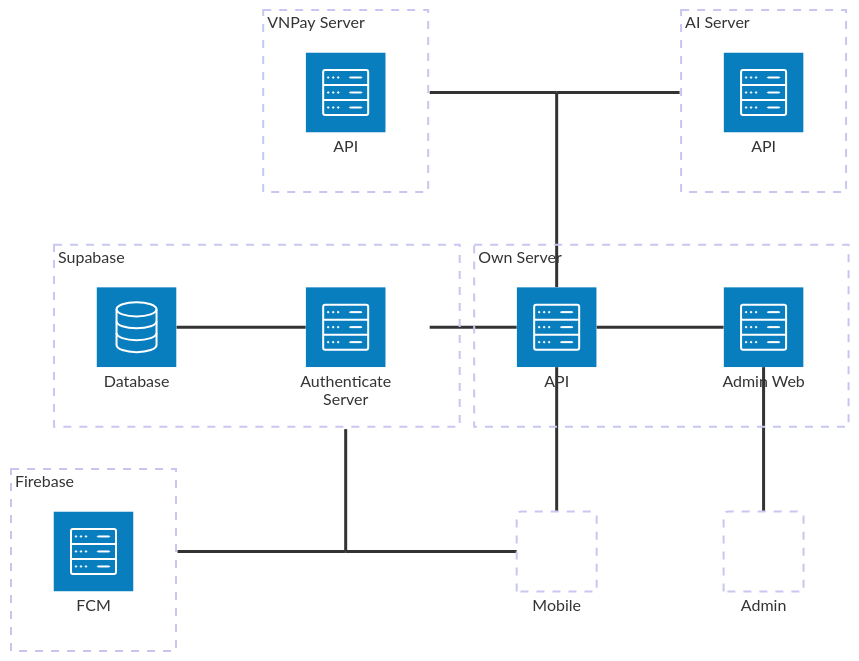
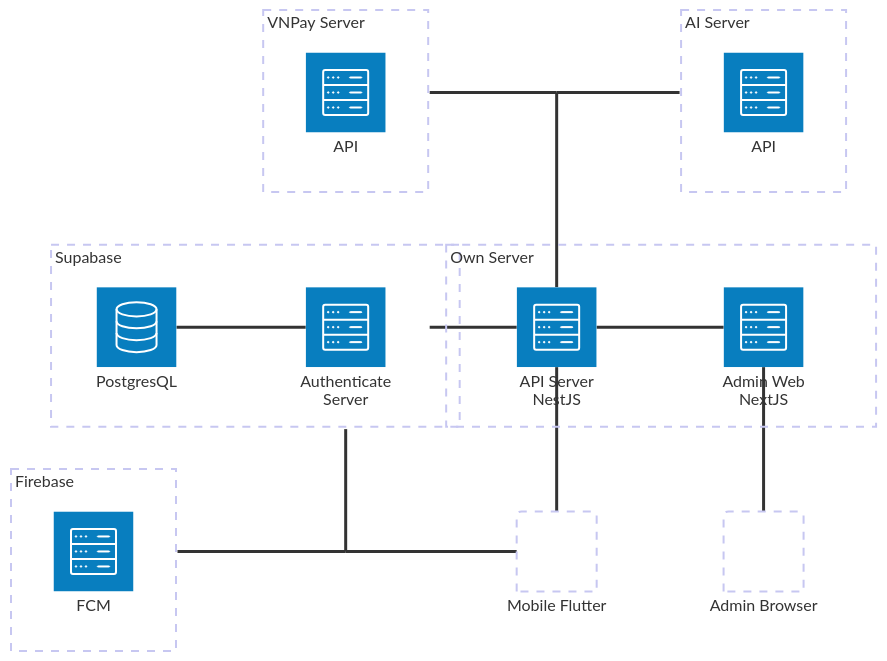
One commit to coinhub-uit/coinhub-uit.github.io changed the diagram in docs/architecture/overall.md. Above: the diagram before and after it, drawn with Mermaid.

Commit message:
docs(architect): add note for using tech

````diff
--- a/docs/architecture/overall.md
+++ b/docs/architecture/overall.md
@@ -9,43 +9,43 @@
 ```mermaid
 architecture-beta
   group supabase[Supabase]
   service authentication_server(server)[Authenticate Server] in supabase
-  service database(database)[Database] in supabase
+  service database(database)[PostgresQL] in supabase
 
   group own_server[Own Server]
-  service api_server(server)[API] in own_server
-  service admin_web_server(server)[Admin Web] in own_server
+  service api_server(server)[API Server NestJS] in own_server
+  service admin_web_server(server)[Admin Web NextJS] in own_server
 
   group firebase[Firebase]
   service fcm(server)[FCM] in firebase
 
   group ai_server[AI Server]
   service api_ai(server)[API] in ai_server
 
   group vnpay_server[VNPay Server]
   service vnpay_api(server)[API] in vnpay_server
 
   junction junction_bot_left
 
   junction api_server_and_ai_vnpay
 
-  service mobile[Mobile]
-  service admin[Admin]
+  service mobile[Mobile Flutter]
+  service admin[Admin Browser]
 
   api_server:L -- R:authentication_server{group}
   authentication_server:L -- R:database
 
   admin_web_server:L -- R:api_server
 
   fcm{group}:R -- L:junction_bot_left
 
   api_server:T -- B:api_server_and_ai_vnpay
   api_ai{group}:L -- R:api_server_and_ai_vnpay
   vnpay_api{group}:R -- L:api_server_and_ai_vnpay
 
   admin:T -- B:admin_web_server
 
   mobile:T -- B:api_server
   mobile:L -- R:junction_bot_left
   junction_bot_left:T -- B:authentication_server{group}
 ```
````
